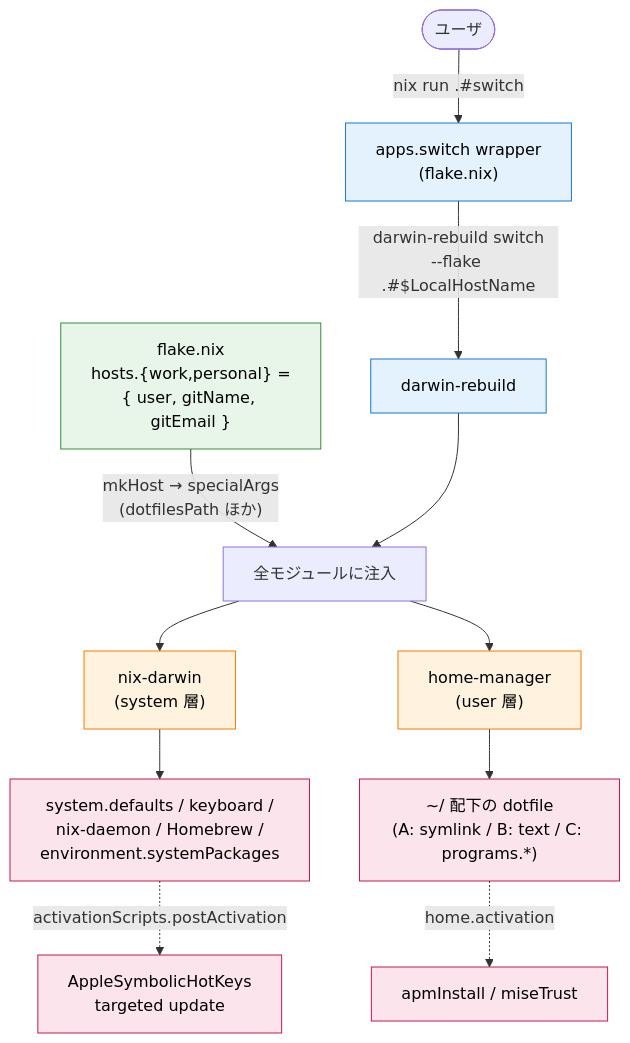
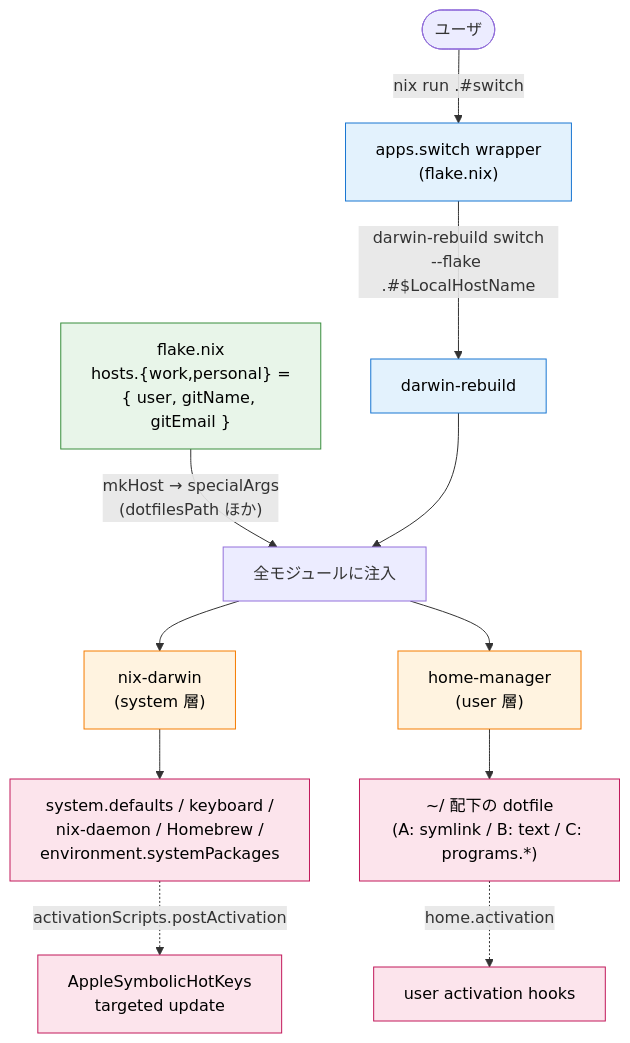
One commit to danimal141/dotfiles changed the first of 3 diagrams in docs/design-philosophy-ja.md. Above: the diagram before and after it, drawn with Mermaid. The commit also changed other lines of this file and 14 other files, not shown here.

````diff
--- a/docs/design-philosophy-ja.md
+++ b/docs/design-philosophy-ja.md
@@ -66,23 +66,23 @@
 ```mermaid
 flowchart TB
     classDef cmd fill:#e3f2fd,stroke:#1976d2,color:#000
     classDef layer fill:#fff3e0,stroke:#f57c00,color:#000
     classDef out fill:#fce4ec,stroke:#c2185b,color:#000
     classDef src fill:#e8f5e9,stroke:#388e3c,color:#000
 
     User([ユーザ]) -->|nix run .#switch| Wrapper["apps.switch wrapper<br/>(flake.nix)"]:::cmd
     Wrapper -->|"darwin-rebuild switch<br/>--flake .#$LocalHostName"| DR["darwin-rebuild"]:::cmd
 
     Flake["flake.nix<br/>hosts.{work,personal} =<br/>{ user, gitName, gitEmail }"]:::src
     Flake -->|"mkHost → specialArgs<br/>(dotfilesPath ほか)"| Mods["全モジュールに注入"]
     DR --> Mods
 
     Mods --> Sys["nix-darwin<br/>(system 層)"]:::layer
     Mods --> Home["home-manager<br/>(user 層)"]:::layer
 
     Sys --> SysOut["system.defaults / keyboard /<br/>nix-daemon / Homebrew /<br/>environment.systemPackages"]:::out
     Home --> HomeOut["~/ 配下の dotfile<br/>(A: symlink / B: text / C: programs.*)"]:::out
 
     SysOut -.->|activationScripts.postActivation| ActSys["AppleSymbolicHotKeys<br/>targeted update"]:::out
-    HomeOut -.->|home.activation| ActHome["apmInstall / miseTrust"]:::out
+    HomeOut -.->|home.activation| ActHome["user activation hooks"]:::out
 ```
````
